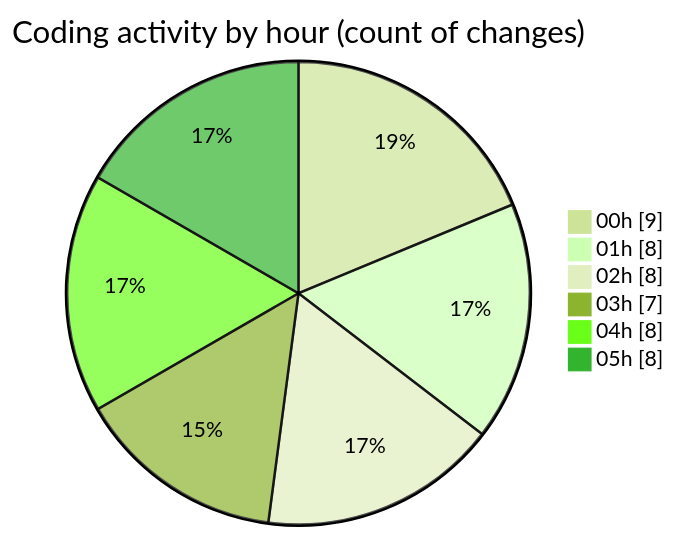
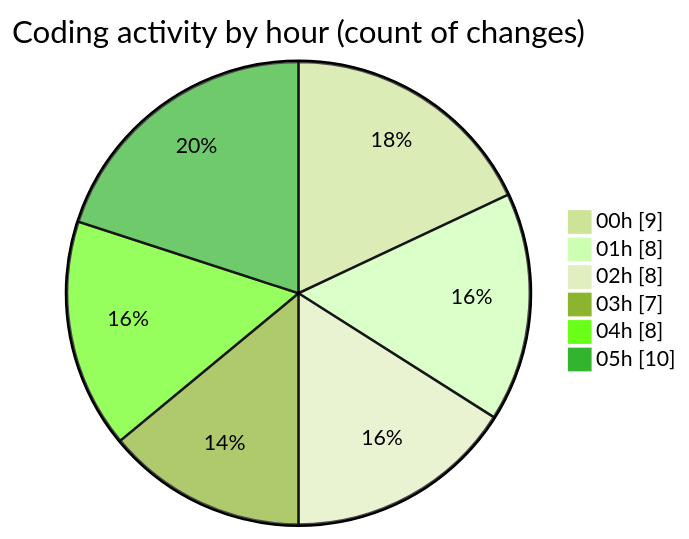
One commit to jrari/code-tracking changed the second of 2 diagrams in 2025-07-14/telebot/README.md. Above: the diagram before and after it, drawn with Mermaid (forest theme). The commit also changed other lines of this file and 1 other file, not shown here.

````diff
--- a/2025-07-14/telebot/README.md
+++ b/2025-07-14/telebot/README.md
@@ -50,10 +51,10 @@
 ```mermaid
 pie showData
 title Coding activity by hour (count of changes)
 "00h" : 9
 "01h" : 8
 "02h" : 8
 "03h" : 7
 "04h" : 8
-"05h" : 8
+"05h" : 10
 ```
````
